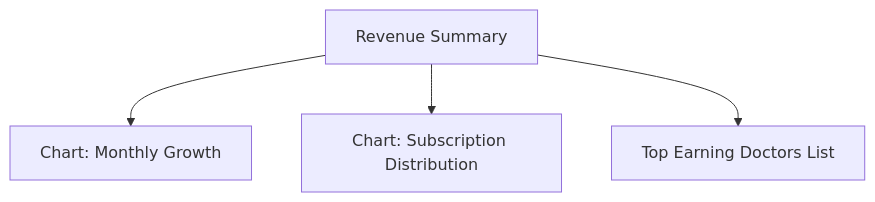
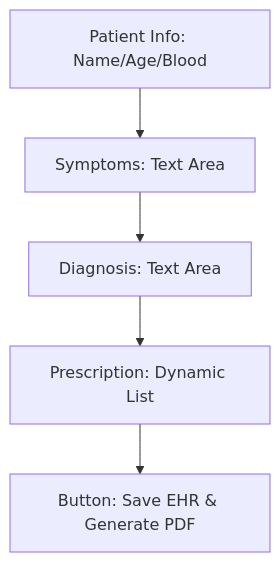
The third of 4 diagrams in Documentation/Wireframes.md (Rupesh09876/SYP---Frontend), drawn with Mermaid before and after one commit. The commit also changed other lines of this file, not shown here.

````diff
--- a/Documentation/Wireframes.md
+++ b/Documentation/Wireframes.md
@@ -74,6 +67,7 @@
 ```mermaid
 graph TD
-    A[Revenue Summary] --> B[Chart: Monthly Growth]
-    A --> C[Chart: Subscription Distribution]
-    A --> D[Top Earning Doctors List]
+    A[Patient Info: Name/Age/Blood] --> B[Symptoms: Text Area]
+    B --> C[Diagnosis: Text Area]
+    C --> D[Prescription: Dynamic List]
+    D --> E[Button: Save EHR & Generate PDF]
 ```
````
